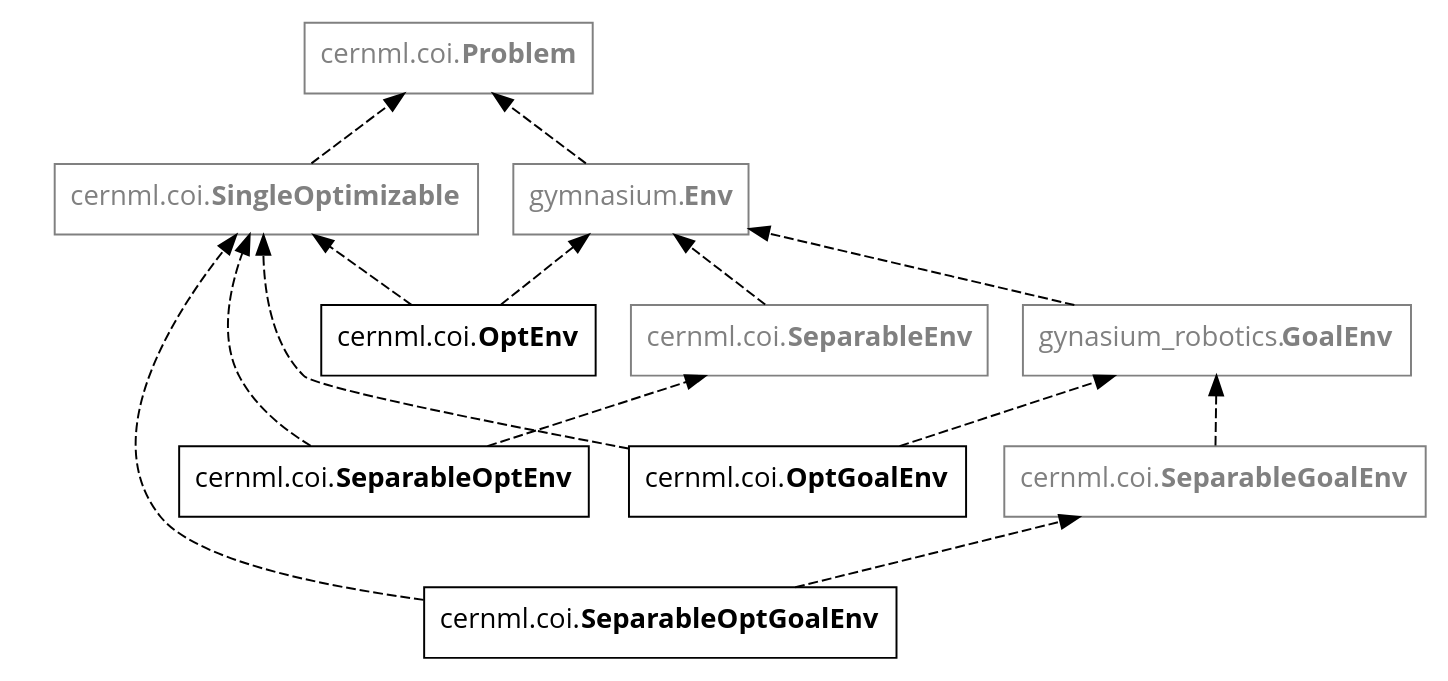
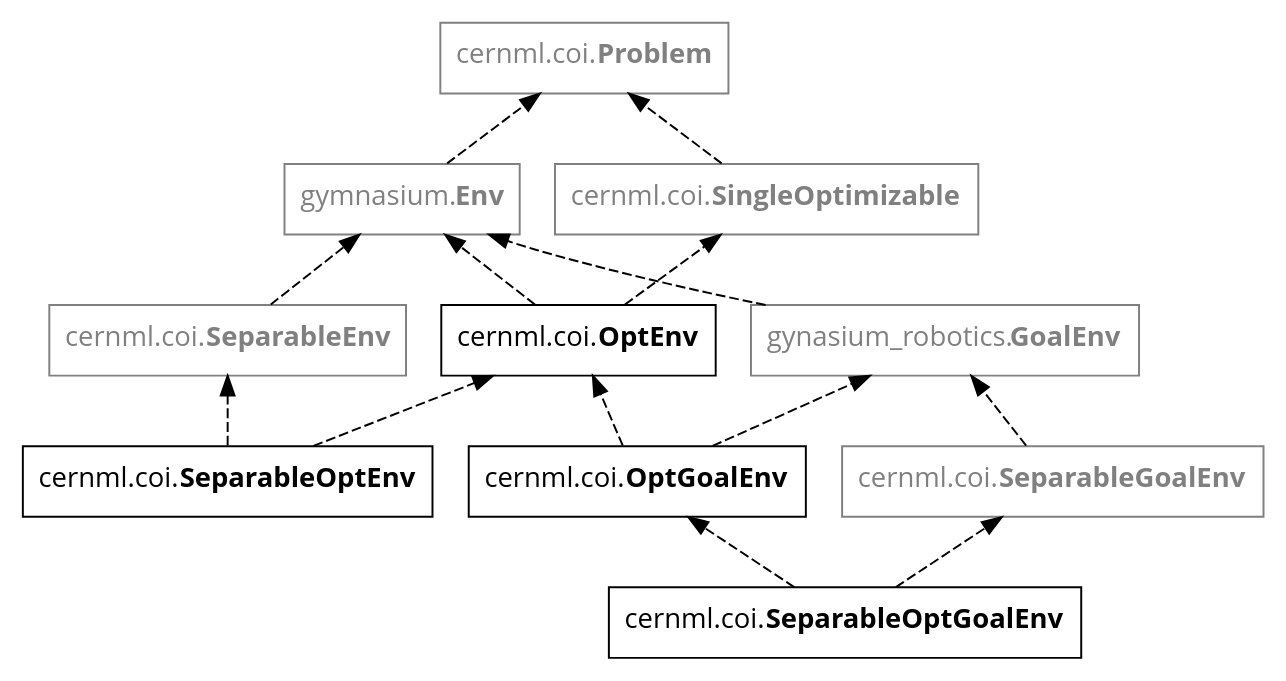
One commit to geoff-project/coi changed the third of 3 diagrams in docs/guide/otherenvs.rst. Above: the diagram before and after it, drawn with Graphviz.

Commit message:
Shorten arrows in inheritance diagram of intersection interfaces.

```diff
--- a/docs/guide/otherenvs.rst
+++ b/docs/guide/otherenvs.rst
@@ -169,34 +169,33 @@
 .. digraph:: inheritance_diagram
     :caption: Fig. 4: Inheritance diagram of intersection interfaces.
 
     rankdir = "BT";
     bgcolor = "#00000000";
     node [shape=plaintext, fontname="Open Sans", style=filled, fillcolor="white"];
     edge [style=dashed];
 
     node[color=gray, fontcolor=gray, shape=rectangle];
     problem[label=<cernml.coi.<b>Problem</b>>];
 
     subgraph cluster_base {
         style=invis;
         sopt[label=<cernml.coi.<b>SingleOptimizable</b>>];
         env[label=<gymnasium.<b>Env</b>>];
     }
 
     goalenv[label=<gynasium_robotics.<b>GoalEnv</b>>];
     sepenv[label=<cernml.coi.<b>SeparableEnv</b>>];
     sepgoalenv[label=<cernml.coi.<b>SeparableGoalEnv</b>>];
 
     node[color=black, fontcolor=black];
     optenv[label=<cernml.coi.<b>OptEnv</b>>];
     optgoalenv[label=<cernml.coi.<b>OptGoalEnv</b>>];
     sepoptenv[label=<cernml.coi.<b>SeparableOptEnv</b>>];
     sepoptgoalenv[label=<cernml.coi.<b>SeparableOptGoalEnv</b>>];
 
-    {sopt env} -> problem;
-    {optenv goalenv sepenv} -> env;
-    {optgoalenv sepgoalenv} -> goalenv;
-    sepoptenv -> sepenv;
-    sepoptgoalenv -> sepgoalenv;
-
-    {optenv optgoalenv sepoptenv sepoptgoalenv} -> sopt;
+    optenv -> {sopt env} -> problem;
+    {goalenv sepenv} -> env;
+    optgoalenv -> {optenv goalenv};
+    sepgoalenv -> goalenv;
+    sepoptenv -> {optenv sepenv};
+    sepoptgoalenv -> {sepgoalenv optgoalenv};
```
